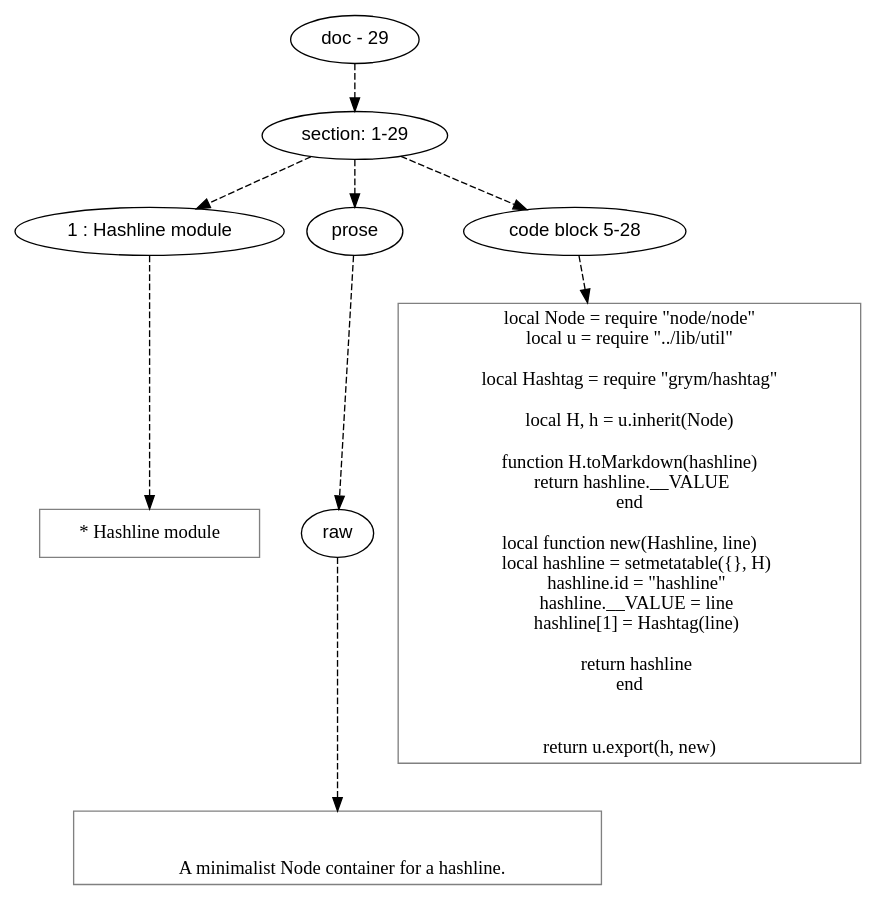
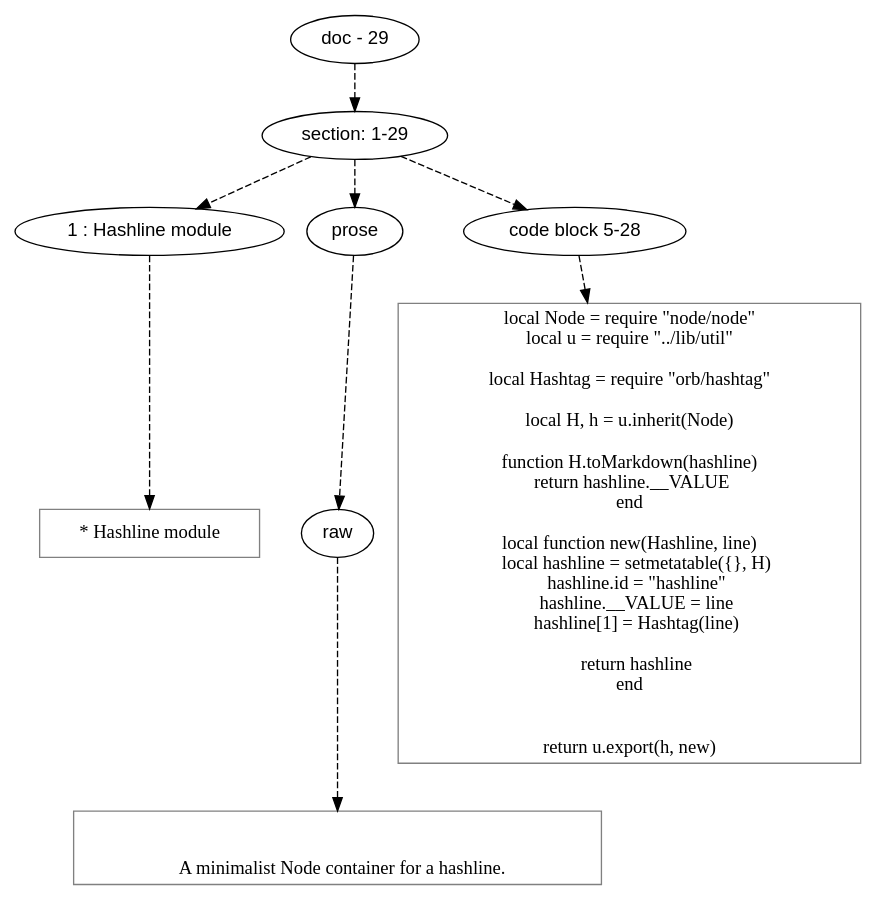
One commit to mnemnion/orb changed the diagram in doc/dot/grym/hashline.dot. Above: the diagram before and after it, drawn with Graphviz. The commit also changed 95 other files, not shown here.

```diff
--- a/doc/dot/grym/hashline.dot
+++ b/doc/dot/grym/hashline.dot
@@ -1,74 +1,74 @@
 digraph lpegNode {
 
 node [fontname=Helvetica]
 edge [style=dashed]
 
 doc_0 [label="doc - 29"]
 
 
 doc_0 -> { section_1}
 {rank=same; section_1}
 
 section_1 [label="section: 1-29"]
 
 
 // END RANK doc_0
 
 section_1 -> { header_2 prose_3 codeblock_4}
 {rank=same; header_2 prose_3 codeblock_4}
 
 header_2 [label="1 : Hashline module"]
 
 prose_3 [label="prose"]
 
 codeblock_4 [label="code block 5-28"]
 
 
 // END RANK section_1
 
 header_2 -> leaf_5
 leaf_5  [color=Gray,shape=rectangle,fontname=Inconsolata,label=" * Hashline module"]
 // END RANK header_2
 
 prose_3 -> { raw_6}
 {rank=same; raw_6}
 
 raw_6 [label="raw"]
 
 
 // END RANK prose_3
 
 raw_6 -> leaf_7
 leaf_7  [color=Gray,shape=rectangle,fontname=Inconsolata,label="
 
    A minimalist Node container for a hashline.
 "]
 // END RANK raw_6
 
 codeblock_4 -> leaf_8
 leaf_8  [color=Gray,shape=rectangle,fontname=Inconsolata,label="local Node = require \"node/node\"
 local u = require \"../lib/util\"
 
-local Hashtag = require \"grym/hashtag\"
+local Hashtag = require \"orb/hashtag\"
 
 local H, h = u.inherit(Node)
 
 function H.toMarkdown(hashline)
   return hashline.__VALUE
 end
 
 local function new(Hashline, line)
     local hashline = setmetatable({}, H)
     hashline.id = \"hashline\"
     hashline.__VALUE = line
     hashline[1] = Hashtag(line)
 
     return hashline 
 end
 
 
 return u.export(h, new)"]
 // END RANK codeblock_4
 
 
 }
```
